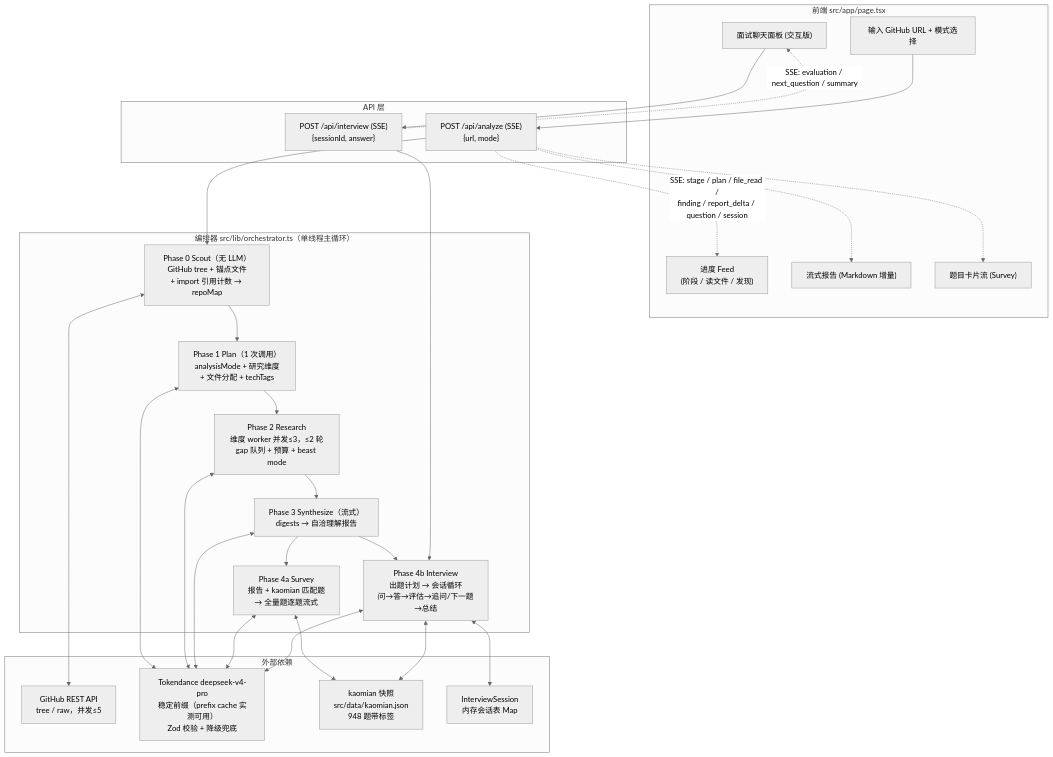
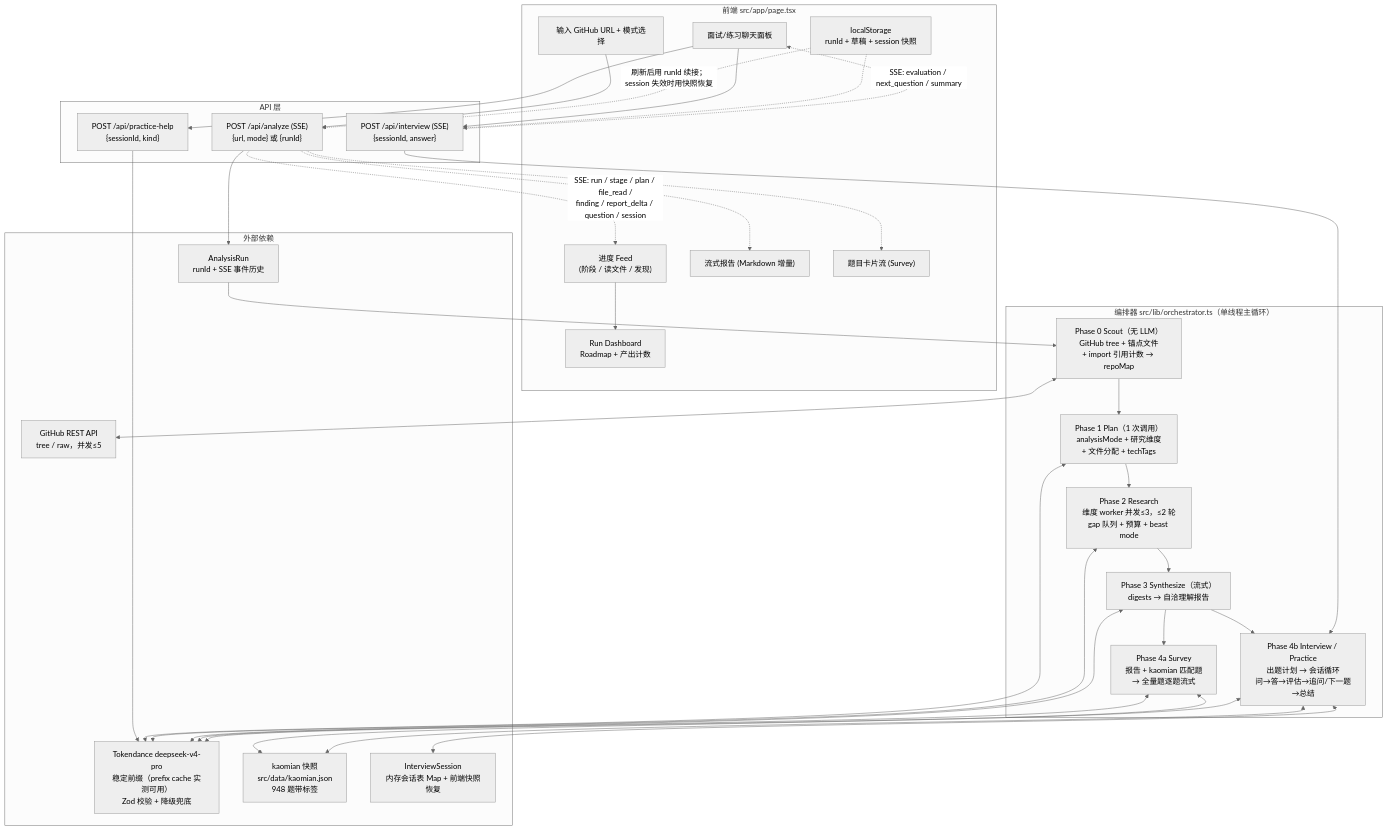
Before and after one commit to MistySun19/PKU-AI-Interviewer: the diagram in docs/ARCHITECTURE.md, drawn with Mermaid (neutral theme). The commit also changed other lines of this file and 3 other files, not shown here.

````diff
--- a/docs/ARCHITECTURE.md
+++ b/docs/ARCHITECTURE.md
@@ -12,50 +13,59 @@
 ```mermaid
 flowchart TD
     subgraph FE["前端 src/app/page.tsx"]
         INPUT["输入 GitHub URL + 模式选择"]
         FEED["进度 Feed<br/>(阶段 / 读文件 / 发现)"]
+        DASH["Run Dashboard<br/>Roadmap + 产出计数"]
         REPORT["流式报告 (Markdown 增量)"]
         CARDS["题目卡片流 (Survey)"]
-        CHAT["面试聊天面板 (交互版)"]
+        CHAT["面试/练习聊天面板"]
+        LOCAL["localStorage<br/>runId + 草稿 + session 快照"]
     end
 
     subgraph API["API 层"]
-        ANALYZE["POST /api/analyze (SSE)<br/>{url, mode}"]
+        ANALYZE["POST /api/analyze (SSE)<br/>{url, mode} 或 {runId}"]
         INTERVIEW["POST /api/interview (SSE)<br/>{sessionId, answer}"]
+        HELP["POST /api/practice-help<br/>{sessionId, kind}"]
     end
 
     subgraph ORCH["编排器 src/lib/orchestrator.ts（单线程主循环）"]
         P0["Phase 0 Scout（无 LLM）<br/>GitHub tree + 锚点文件<br/>+ import 引用计数 → repoMap"]
         P1["Phase 1 Plan（1 次调用）<br/>analysisMode + 研究维度<br/>+ 文件分配 + techTags"]
         P2["Phase 2 Research<br/>维度 worker 并发≤3，≤2 轮<br/>gap 队列 + 预算 + beast mode"]
         P3["Phase 3 Synthesize（流式）<br/>digests → 自洽理解报告"]
         P4A["Phase 4a Survey<br/>报告 + kaomian 匹配题<br/>→ 全量题逐题流式"]
-        P4B["Phase 4b Interview<br/>出题计划 → 会话循环<br/>问→答→评估→追问/下一题→总结"]
+        P4B["Phase 4b Interview / Practice<br/>出题计划 → 会话循环<br/>问→答→评估→追问/下一题→总结"]
     end
 
     subgraph EXT["外部依赖"]
         GH["GitHub REST API<br/>tree / raw，并发≤5"]
         LLM["Tokendance deepseek-v4-pro<br/>稳定前缀（prefix cache 实测可用）<br/>Zod 校验 + 降级兜底"]
         KAOMIAN["kaomian 快照<br/>src/data/kaomian.json<br/>948 题带标签"]
-        SESS["InterviewSession<br/>内存会话表 Map"]
+        RUNS["AnalysisRun<br/>runId + SSE 事件历史"]
+        SESS["InterviewSession<br/>内存会话表 Map + 前端快照恢复"]
     end
 
     INPUT --> ANALYZE
-    ANALYZE --> P0 --> P1 --> P2 --> P3
+    ANALYZE --> RUNS
+    RUNS --> P0 --> P1 --> P2 --> P3
     P3 --> P4A
     P3 --> P4B
     P4B <--> SESS
     CHAT --> INTERVIEW --> P4B
+    CHAT --> HELP --> LLM
     P0 <--> GH
     P1 <--> LLM
     P2 <--> LLM
     P3 <--> LLM
     P4A <--> LLM
     P4B <--> LLM
     P4A <--> KAOMIAN
     P4B <--> KAOMIAN
-    ANALYZE -. "SSE: stage / plan / file_read /<br/>finding / report_delta / question / session" .-> FEED
+    ANALYZE -. "SSE: run / stage / plan / file_read /<br/>finding / report_delta / question / session" .-> FEED
+    FEED --> DASH
     ANALYZE -.-> REPORT
     ANALYZE -.-> CARDS
     INTERVIEW -. "SSE: evaluation / next_question / summary" .-> CHAT
+    LOCAL -. "刷新后用 runId 续接；session 失效时用快照恢复" .-> ANALYZE
+    LOCAL -.-> INTERVIEW
 ```
````
